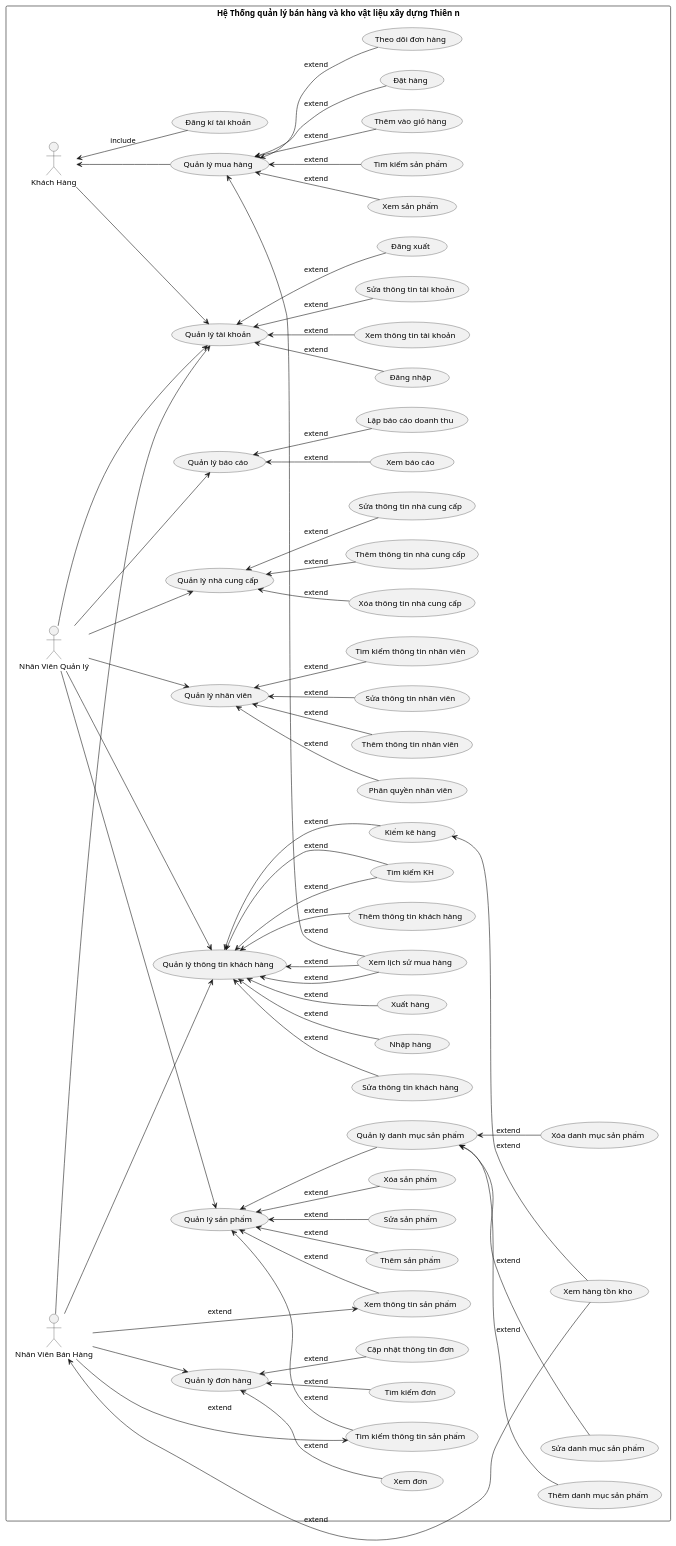
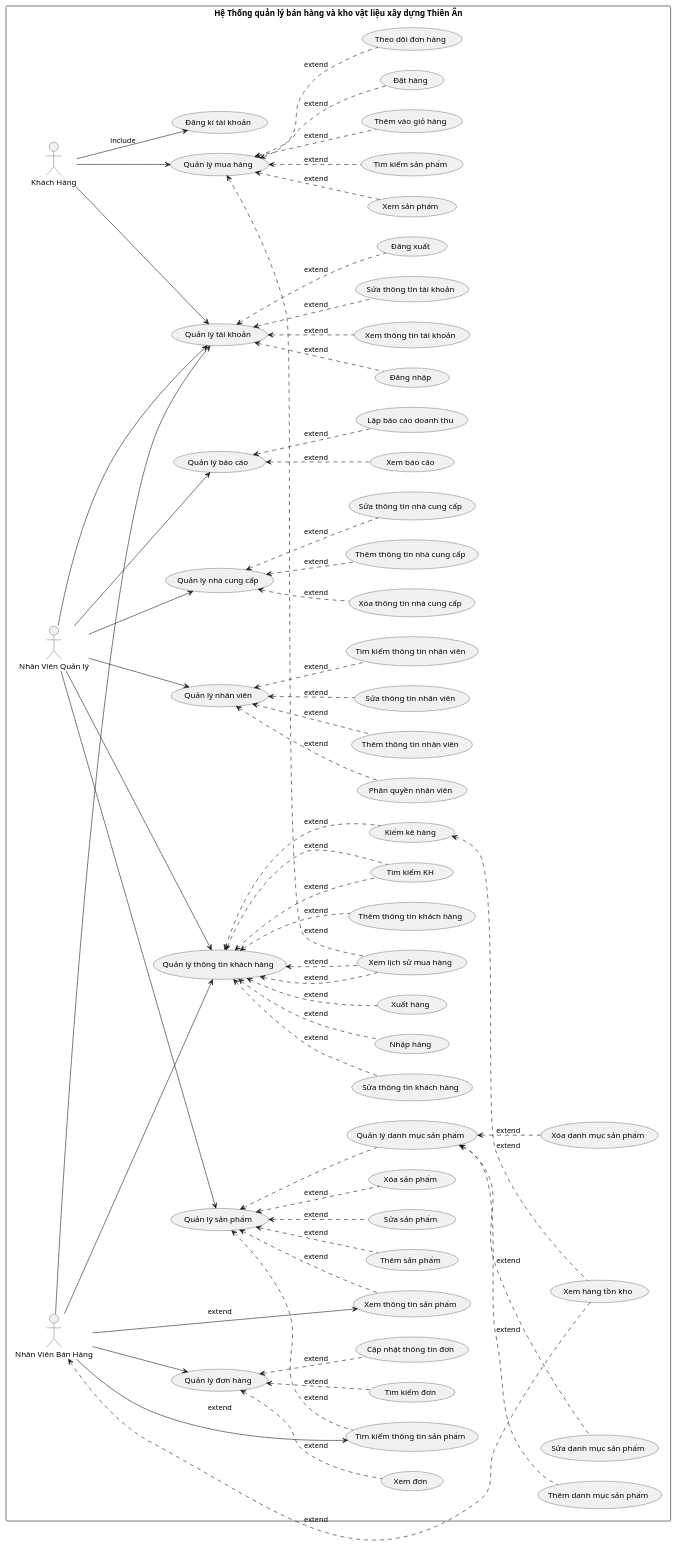
The diagram in assets/plantuml/fullUC.puml (ThanhdatOris/LAB2211), drawn with PlantUML before and after one commit. The commit also changed other lines of this file and 2 other files, not shown here.

```diff
--- a/assets/plantuml/fullUC.puml
+++ b/assets/plantuml/fullUC.puml
@@ -1,96 +1,98 @@
 @startuml UC-Diag
 
 left to right direction
 skinparam shadowing false
 
-rectangle "Hệ Thống quản lý bán hàng và kho vật liệu xây dựng Thiên  n" {
+rectangle "Hệ Thống quản lý bán hàng và kho vật liệu xây dựng Thiên  Ân" {
 
 actor "Khách Hàng" as KH
 actor "Nhân Viên Quản lý" as NVQL
 actor "Nhân Viên Bán Hàng" as NVBH
 
 (Quản lý sản phẩm) as QLSP
 NVQL --> QLSP
-QLSP <-- (Xem thông tin sản phẩm): extend
-QLSP <-- (Thêm sản phẩm): extend
-QLSP <-- (Sửa sản phẩm): extend
-QLSP <-- (Tìm kiếm thông tin sản phẩm): extend
-QLSP <-- (Xóa sản phẩm): extend
+QLSP <.. (Xem thông tin sản phẩm): extend
+QLSP <.. (Thêm sản phẩm): extend
+QLSP <.. (Sửa sản phẩm): extend
+QLSP <.. (Tìm kiếm thông tin sản phẩm): extend
+QLSP <.. (Xóa sản phẩm): extend
 
 (Quản lý danh mục sản phẩm) as QLDMSP
-QLSP <-- QLDMSP
-QLDMSP <-- (Thêm danh mục sản phẩm): extend
-QLDMSP <-- (Sửa danh mục sản phẩm): extend
-QLDMSP <-- (Xóa danh mục sản phẩm): extend
+QLSP <.. QLDMSP
+QLDMSP <.. (Thêm danh mục sản phẩm): extend
+QLDMSP <.. (Sửa danh mục sản phẩm): extend
+QLDMSP <.. (Xóa danh mục sản phẩm): extend
 
 (Quản lý kho hàng) as QLKH
 NVQL --> QLKH
-QLKH <-- (Nhập hàng): extend
-QLKH <-- (Xuất hàng): extend
-QLKH <-- (Kiểm kê hàng): extend
-(Kiểm kê hàng) <-- (Xem hàng tồn kho): extend 
+QLKH <.. (Nhập hàng): extend
+QLKH <.. (Xuất hàng): extend
+QLKH <.. (Kiểm kê hàng): extend
+(Kiểm kê hàng) <.. (Xem hàng tồn kho): extend 
 
 (Quản lý nhân viên) as QLNV
 NVQL --> QLNV
-QLNV <-- (Thêm thông tin nhân viên): extend
-QLNV <-- (Sửa thông tin nhân viên): extend
-QLNV <-- (Tìm kiếm thông tin nhân viên): extend
-QLNV <-- (Phân quyền nhân viên): extend
+QLNV <.. (Thêm thông tin nhân viên): extend
+QLNV <.. (Sửa thông tin nhân viên): extend
+QLNV <.. (Tìm kiếm thông tin nhân viên): extend
+QLNV <.. (Phân quyền nhân viên): extend
 
 'Quản lý khách hàng
-QLKH <-- (Tìm kiếm KH): extend
-QLKH <-- (Xem lịch sử mua hàng): extend
+QLKH <.. (Tìm kiếm KH): extend
+QLKH <.. (Xem lịch sử mua hàng): extend
 
 (Quản lý nhà cung cấp) as QLNCC
 NVQL --> QLNCC
-QLNCC <-- (Thêm thông tin nhà cung cấp): extend
-QLNCC <-- (Sửa thông tin nhà cung cấp): extend
-QLNCC <-- (Xóa thông tin nhà cung cấp): extend
+QLNCC <.. (Thêm thông tin nhà cung cấp): extend
+QLNCC <.. (Sửa thông tin nhà cung cấp): extend
+QLNCC <.. (Xóa thông tin nhà cung cấp): extend
 
 (Quản lý báo cáo) as BC
 NVQL --> BC
-BC <-- (Xem báo cáo): extend
-BC <-- (Lập báo cáo doanh thu): extend
+BC <.. (Xem báo cáo): extend
+BC <.. (Lập báo cáo doanh thu): extend
 
+'Nhân viên bán hàng
 (Quản lý đơn hàng) as QLDH
 NVBH --> QLDH
-QLDH <-- (Xem đơn): extend
-QLDH <-- (Tìm kiếm đơn): extend
-QLDH <-- (Cập nhật thông tin đơn): extend
+QLDH <.. (Xem đơn): extend
+QLDH <.. (Tìm kiếm đơn): extend
+QLDH <.. (Cập nhật thông tin đơn): extend
 
 'Quản lý sản phẩm
 NVBH --> (Xem thông tin sản phẩm): extend
 NVBH --> (Tìm kiếm thông tin sản phẩm): extend
 
-NVBH <-- (Xem hàng tồn kho): extend
+NVBH <.. (Xem hàng tồn kho): extend
 
 (Quản lý thông tin khách hàng) as QLKH
 NVBH --> QLKH
-QLKH <-- (Thêm thông tin khách hàng): extend
-QLKH <-- (Sửa thông tin khách hàng): extend
-QLKH <-- (Tìm kiếm KH): extend
-QLKH <-- (Xem lịch sử mua hàng): extend
+QLKH <.. (Thêm thông tin khách hàng): extend
+QLKH <.. (Sửa thông tin khách hàng): extend
+QLKH <.. (Tìm kiếm KH): extend
+QLKH <.. (Xem lịch sử mua hàng): extend
 
+'Khách hàng
 (Quản lý mua hàng) as QLMH
-QLMH <-- (Xem sản phẩm): extend
-QLMH <-- (Tìm kiếm sản phẩm): extend
-QLMH <-- (Thêm vào giỏ hàng): extend
-QLMH <-- (Đặt hàng): extend 
-QLMH <-- (Theo dõi đơn hàng): extend 
-QLMH <-- (Xem lịch sử mua hàng): extend
-KH <-- QLMH
+QLMH <.. (Xem sản phẩm): extend
+QLMH <.. (Tìm kiếm sản phẩm): extend
+QLMH <.. (Thêm vào giỏ hàng): extend
+QLMH <.. (Đặt hàng): extend 
+QLMH <.. (Theo dõi đơn hàng): extend 
+QLMH <.. (Xem lịch sử mua hàng): extend
+KH --> QLMH
 
-KH <-- (Đăng kí tài khoản): include
+KH --> (Đăng kí tài khoản): include
 
 'Phần chung của cả 3 Actor
 (Quản lý tài khoản) as QLTK
-QLTK <-- (Đăng nhập): extend
-QLTK <-- (Đăng xuất): extend
-QLTK <-- (Xem thông tin tài khoản): extend
-QLTK <-- (Sửa thông tin tài khoản): extend 
+QLTK <.. (Đăng nhập): extend
+QLTK <.. (Đăng xuất): extend
+QLTK <.. (Xem thông tin tài khoản): extend
+QLTK <.. (Sửa thông tin tài khoản): extend 
 NVQL --> QLTK
 NVBH --> QLTK
 KH --> QLTK
 
 }
 @enduml
```
